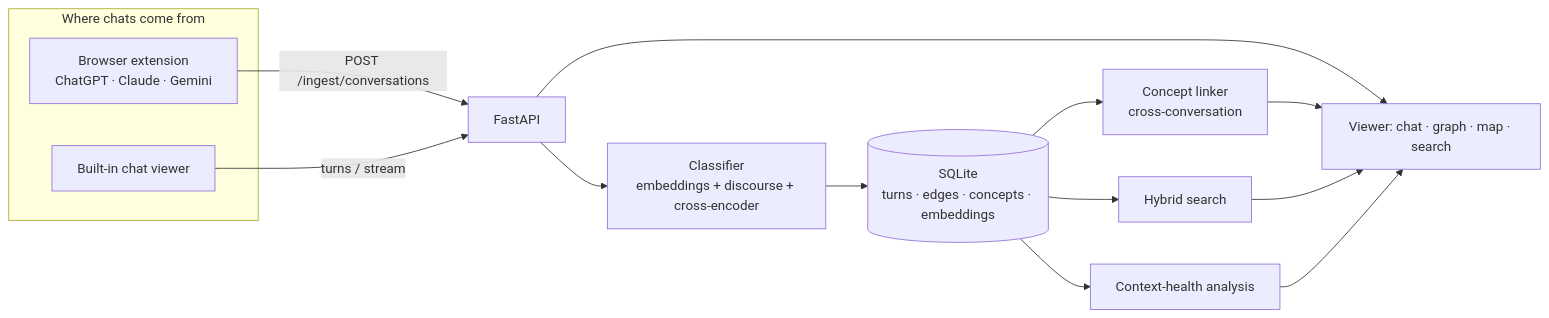
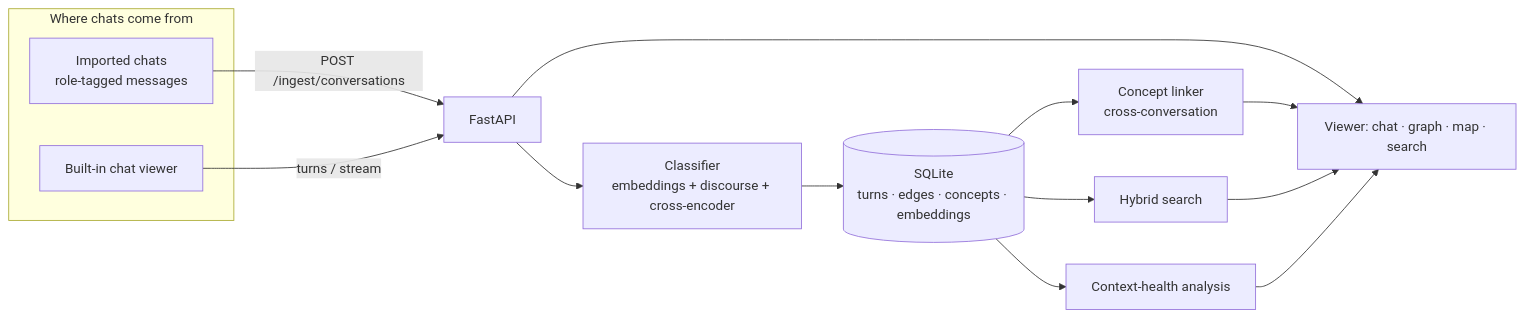
One commit to ZergFromZ0rg/ai-conversation-tree changed the diagram in README.md. Above: the diagram before and after it, drawn with Mermaid. The commit also changed other lines of this file and 26 other files, not shown here.

First line of the commit message:
Remove the browser extension

````diff
--- a/README.md
+++ b/README.md
@@ -59,18 +60,18 @@
 ```mermaid
 flowchart LR
     subgraph sources[Where chats come from]
-        EXT["Browser extension<br/>ChatGPT · Claude · Gemini"]
+        IMP["Imported chats<br/>role-tagged messages"]
         UI["Built-in chat viewer"]
     end
-    EXT -- "POST /ingest/conversations" --> API
+    IMP -- "POST /ingest/conversations" --> API
     UI -- "turns / stream" --> API
     API["FastAPI"] --> CLS["Classifier<br/>embeddings + discourse + cross-encoder"]
     CLS --> DB[("SQLite<br/>turns · edges · concepts · embeddings")]
     DB --> CON["Concept linker<br/>cross-conversation"]
     DB --> SRCH["Hybrid search"]
     DB --> CTX["Context-health analysis"]
     API --> VIEW["Viewer: chat · graph · map · search"]
     CON --> VIEW
     SRCH --> VIEW
     CTX --> VIEW
 ```
````
